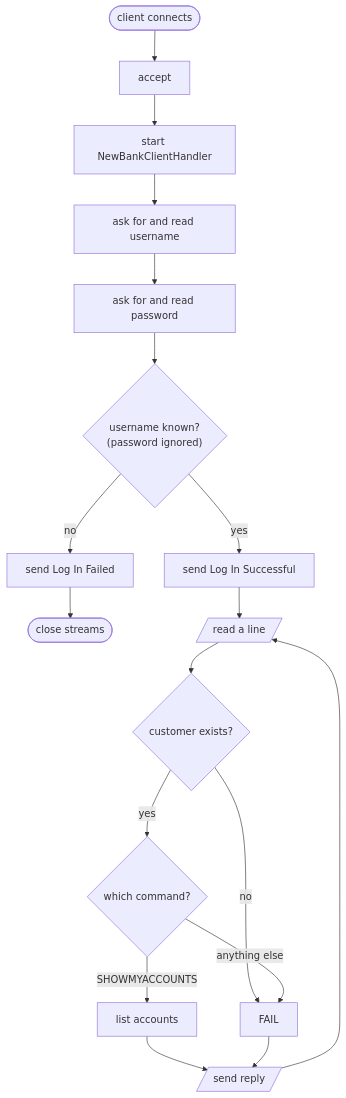
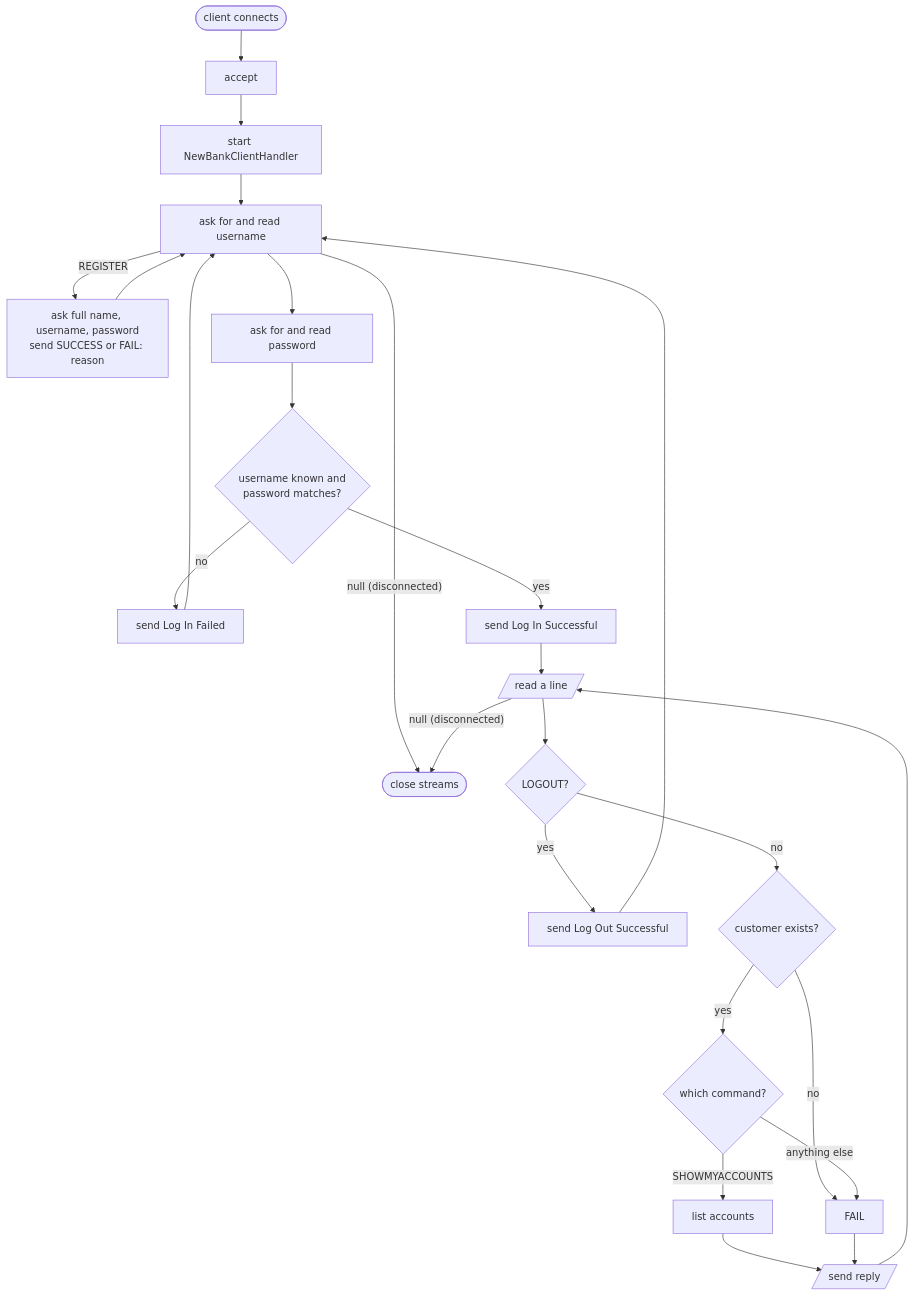
The seventh of 9 diagrams in README.md (jdarguello/bath_new_bank), drawn with Mermaid before and after one commit. The commit also changed other lines of this file and 11 other files, not shown here.

````diff
--- a/README.md
+++ b/README.md
@@ -292,19 +454,24 @@
 ```mermaid
 flowchart TD
     A([client connects]) --> B[accept]
     B --> C[start NewBankClientHandler]
     C --> D[ask for and read username]
+    D -- REGISTER --> RG["ask full name, username, password<br/>send SUCCESS or FAIL: reason"] --> D
+    D -- "null (disconnected)" --> Z([close streams])
     D --> E[ask for and read password]
-    E --> F{"username known?<br/>(password ignored)"}
-    F -- no --> G[send Log In Failed] --> Z([close streams])
+    E --> F{"username known and<br/>password matches?"}
+    F -- no --> G[send Log In Failed] --> D
     F -- yes --> H[send Log In Successful]
     H --> I[/read a line/]
-    I --> J{customer exists?}
+    I -- "null (disconnected)" --> Z
+    I --> LO{LOGOUT?}
+    LO -- yes --> LS[send Log Out Successful] --> D
+    LO -- no --> J{customer exists?}
     J -- no --> K[FAIL]
     J -- yes --> L{which command?}
     L -- SHOWMYACCOUNTS --> M[list accounts]
     L -- anything else --> K
     M --> N[/send reply/]
     K --> N
     N --> I
 ```
````
